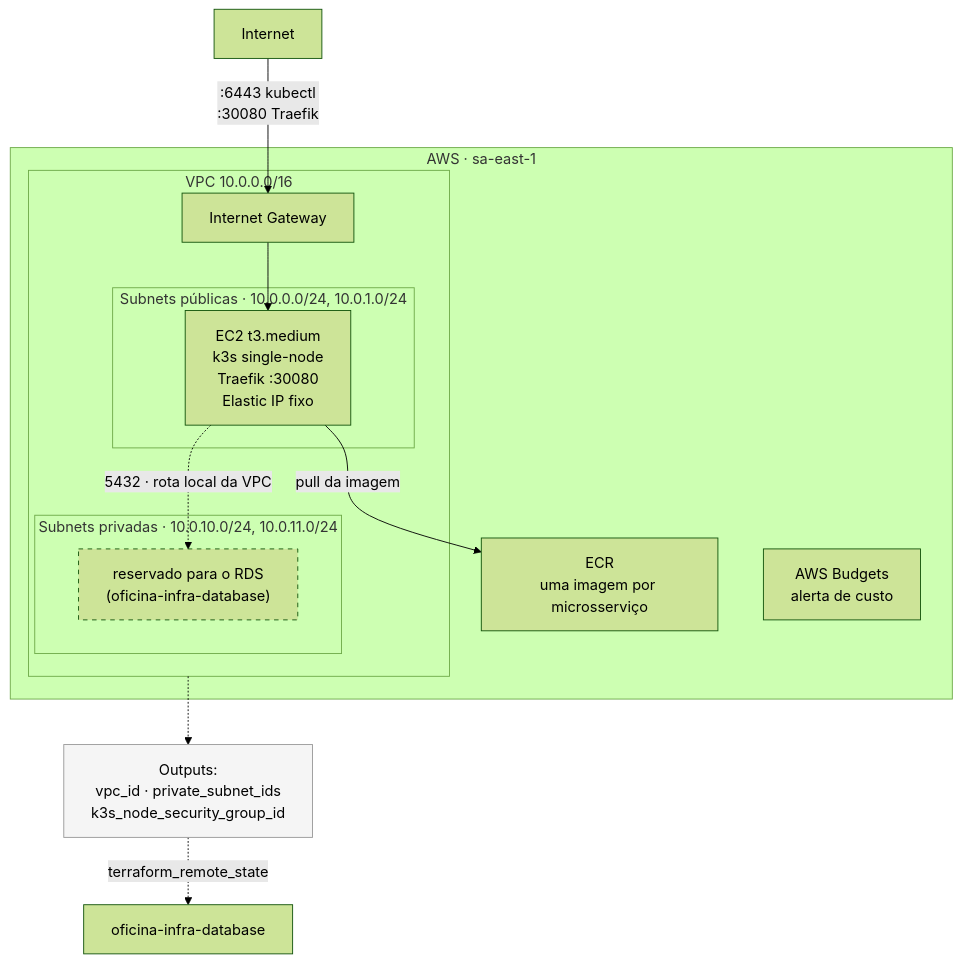
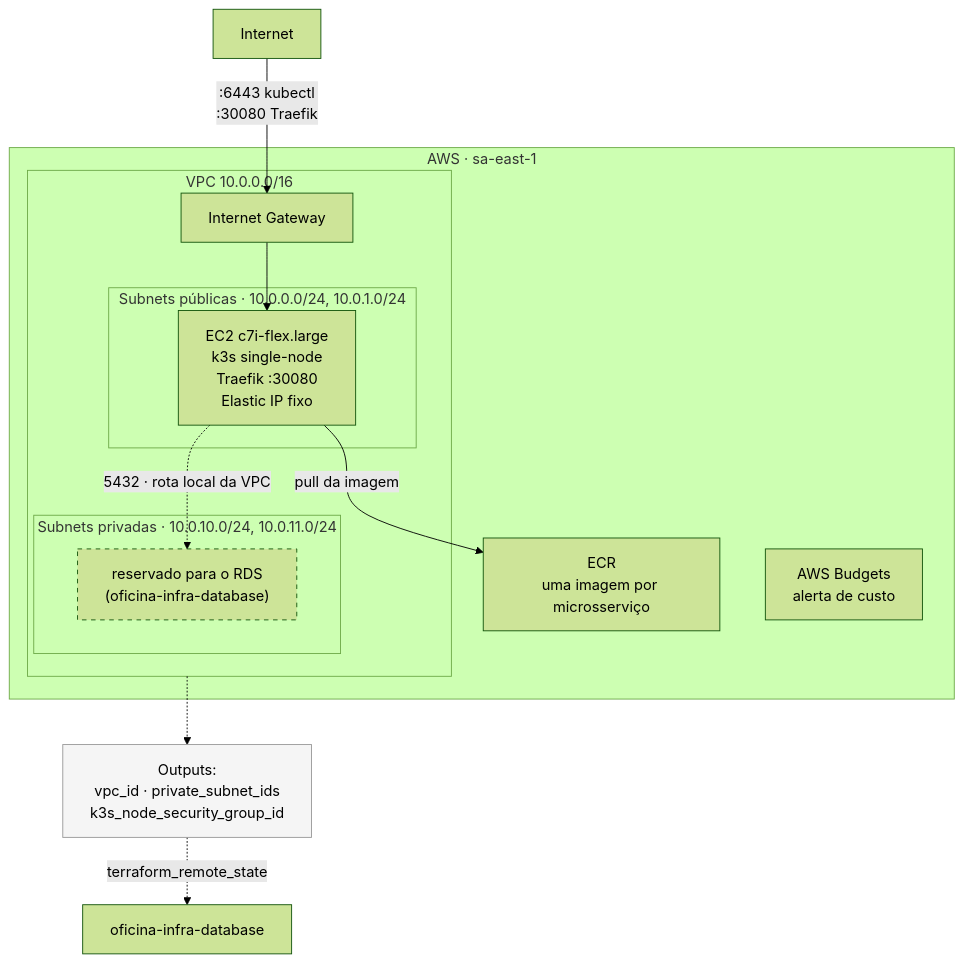
One commit to Luizustavo/oficina-infra-k8s changed the diagram in README.md. Above: the diagram before and after it, drawn with Mermaid (forest theme). The commit also changed other lines of this file and 2 other files, not shown here.

Commit message:
Atualiza tipo de instância EC2 para c7i-flex.large para compatibilidade com o plano gratuito da AWS e ajusta a documentação correspondente.

````diff
--- a/README.md
+++ b/README.md
@@ -45,28 +45,28 @@
 ```mermaid
 flowchart TB
     subgraph AWS["AWS · sa-east-1"]
         subgraph VPC["VPC 10.0.0.0/16"]
             IGW["Internet Gateway"]
             subgraph PUB["Subnets públicas · 10.0.0.0/24, 10.0.1.0/24"]
-                EC2["EC2 t3.medium<br/>k3s single-node<br/>Traefik :30080<br/>Elastic IP fixo"]
+                EC2["EC2 c7i-flex.large<br/>k3s single-node<br/>Traefik :30080<br/>Elastic IP fixo"]
             end
             subgraph PRIV["Subnets privadas · 10.0.10.0/24, 10.0.11.0/24"]
                 RDSPH["reservado para o RDS<br/>(oficina-infra-database)"]
             end
         end
         ECR["ECR<br/>uma imagem por microsserviço"]
         BUDGET["AWS Budgets<br/>alerta de custo"]
     end
 
     USER["Internet"] -->|":6443 kubectl<br/>:30080 Traefik"| IGW
     IGW --> EC2
     EC2 -->|"pull da imagem"| ECR
     EC2 -.->|"5432 · rota local da VPC"| RDSPH
 
     OUT["Outputs:<br/>vpc_id · private_subnet_ids<br/>k3s_node_security_group_id"]
     VPC -.-> OUT
     OUT -.->|"terraform_remote_state"| DB["oficina-infra-database"]
 
     style RDSPH stroke-dasharray: 5 5
     style OUT fill:#f5f5f5,stroke:#999
 ```
````
